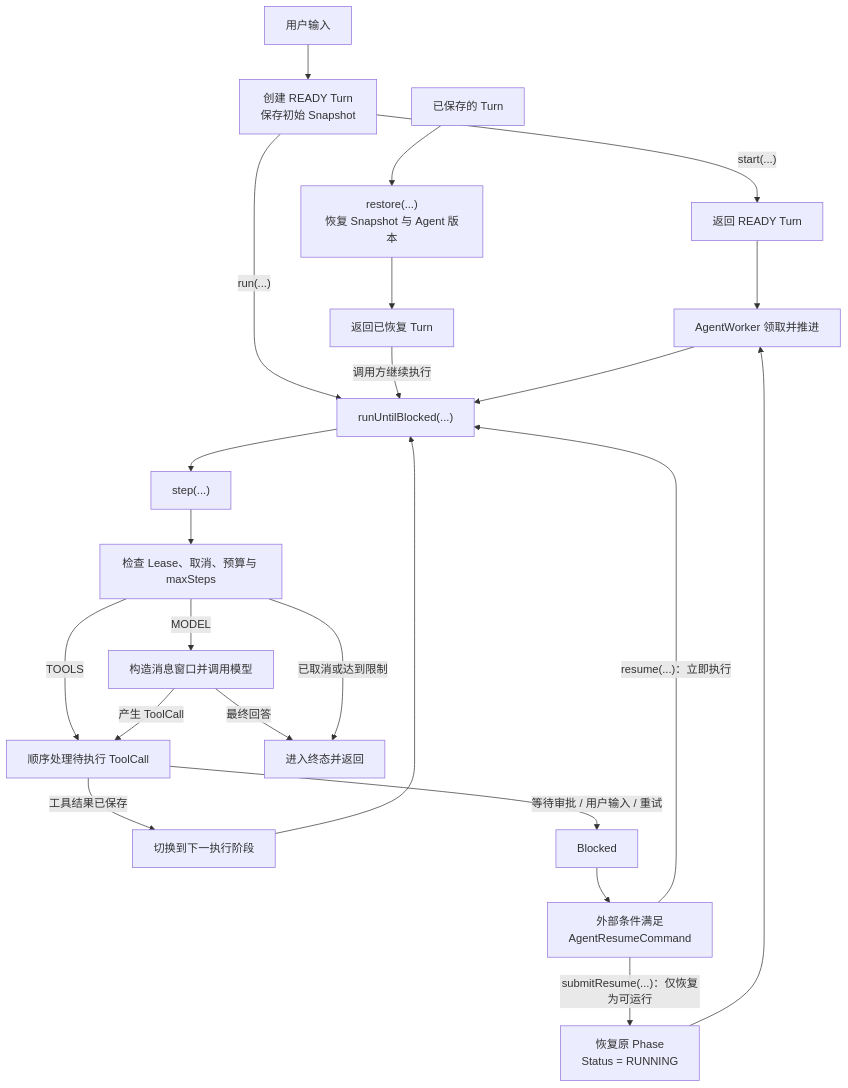
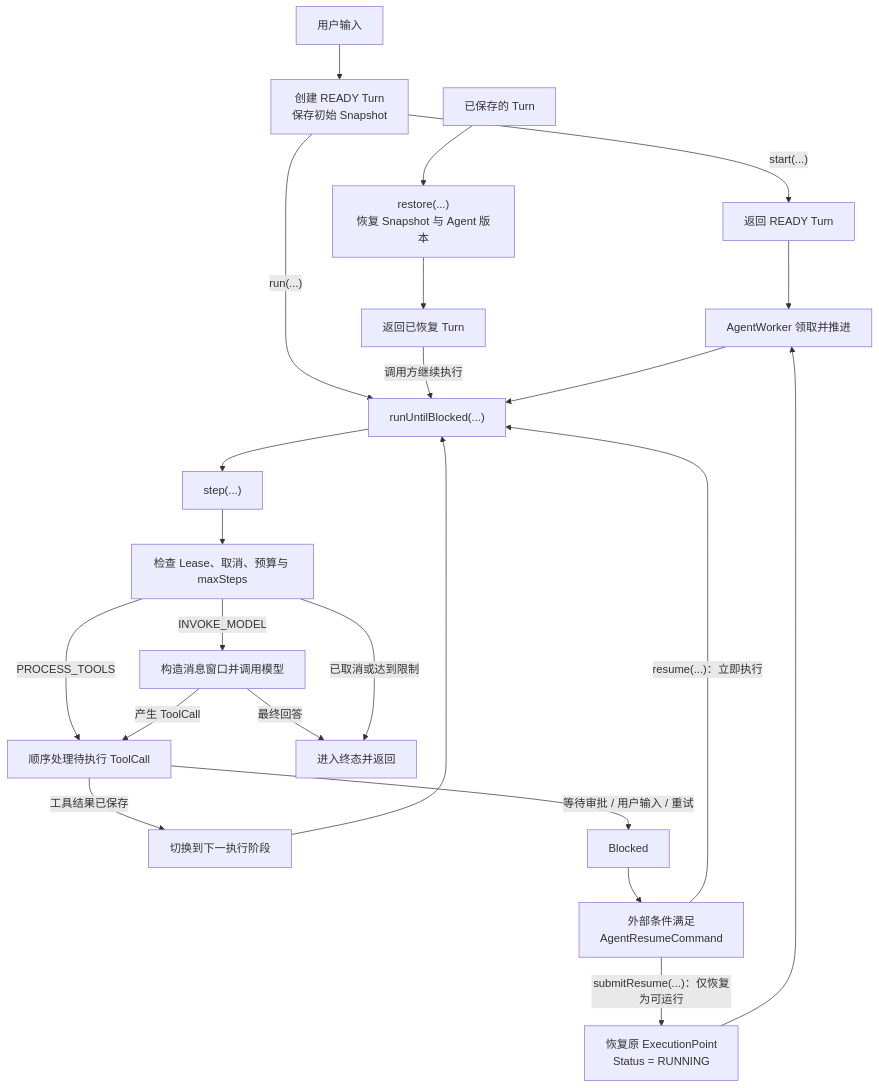
One commit to agents-flex/agents-flex changed the diagram in docs/zh/agent/agent-runner.md. Above: the diagram before and after it, drawn with Mermaid. The commit also changed other lines of this file and 40 other files, not shown here.

Commit message:
feat(agent): replace AgentTurnPhase with AgentTurnExecutionPoint for external tool execution

````diff
--- a/docs/zh/agent/agent-runner.md
+++ b/docs/zh/agent/agent-runner.md
@@ -19,30 +19,30 @@
 ```mermaid
 flowchart TD
     Input["用户输入"] --> Create["创建 READY Turn<br/>保存初始 Snapshot"]
     Create -->|"start(...)"| Ready["返回 READY Turn"]
     Create -->|"run(...)"| Loop["runUntilBlocked(...)"]
 
     Stored["已保存的 Turn"] --> Restore["restore(...)<br/>恢复 Snapshot 与 Agent 版本"]
     Restore --> Restored["返回已恢复 Turn"]
     Ready --> Worker["AgentWorker 领取并推进"]
     Restored -->|"调用方继续执行"| Loop
     Worker --> Loop
 
     Loop --> Step["step(...)"]
     Step --> Guard["检查 Lease、取消、预算与 maxSteps"]
-    Guard -->|"MODEL"| Model["构造消息窗口并调用模型"]
-    Guard -->|"TOOLS"| Tools["顺序处理待执行 ToolCall"]
+    Guard -->|"INVOKE_MODEL"| Model["构造消息窗口并调用模型"]
+    Guard -->|"PROCESS_TOOLS"| Tools["顺序处理待执行 ToolCall"]
 
     Model -->|"最终回答"| Terminal["进入终态并返回"]
     Model -->|"产生 ToolCall"| Tools
     Tools -->|"工具结果已保存"| Continue["切换到下一执行阶段"]
     Continue --> Loop
 
     Guard -->|"已取消或达到限制"| Terminal
     Tools -->|"等待审批 / 用户输入 / 重试"| Blocked
 
     Blocked --> Command["外部条件满足<br/>AgentResumeCommand"]
     Command -->|"resume(...)：立即执行"| Loop
-    Command -->|"submitResume(...)：仅恢复为可运行"| Runnable["恢复原 Phase<br/>Status = RUNNING"]
+    Command -->|"submitResume(...)：仅恢复为可运行"| Runnable["恢复原 ExecutionPoint<br/>Status = RUNNING"]
     Runnable --> Worker
 ```
````
